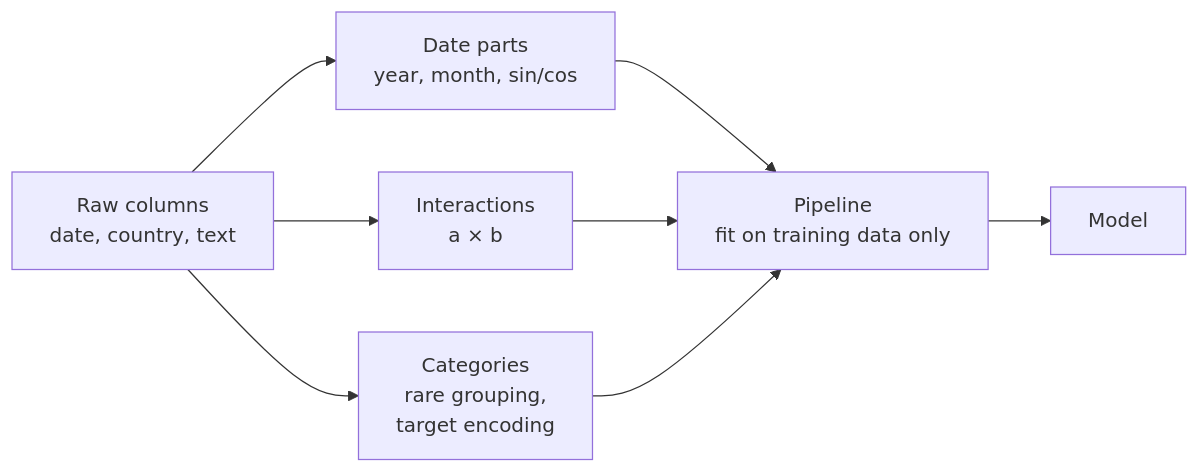
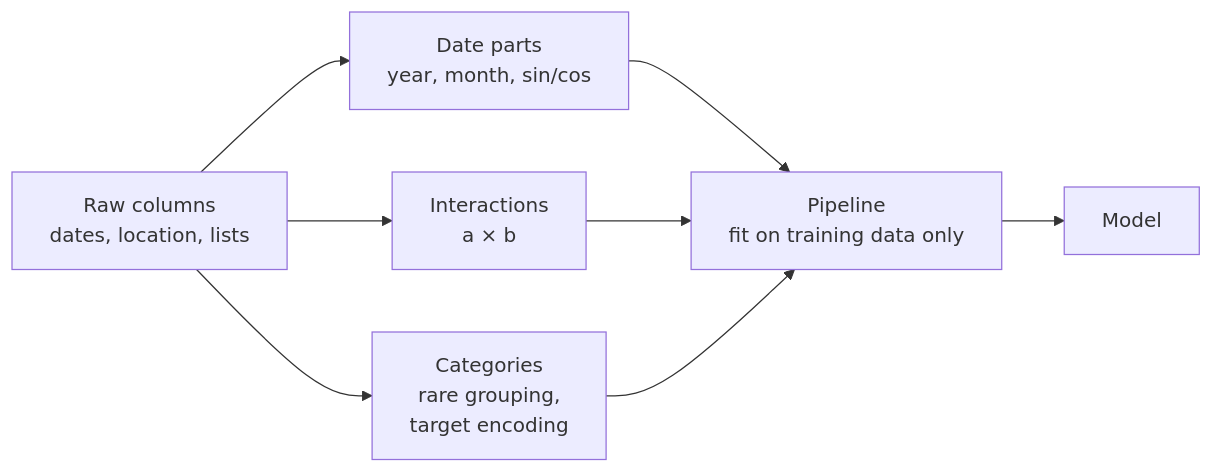
The first of 3 diagrams in sessions/09-feature-engineering-and-imbalance/theory/01-dates-interactions-and-categories.md (khoadaniel/statistical-programming-mpmd-htw-ws-2026), drawn with Mermaid before and after one commit. The commit also changed other lines of this file and 106 other files, not shown here.

````diff
--- a/sessions/09-feature-engineering-and-imbalance/theory/01-dates-interactions-and-categories.md
+++ b/sessions/09-feature-engineering-and-imbalance/theory/01-dates-interactions-and-categories.md
@@ -8,10 +8,10 @@
 ```mermaid
 flowchart LR
-    raw["Raw columns<br/>date, country, text"] --> d["Date parts<br/>year, month, sin/cos"]
+    raw["Raw columns<br/>dates, location, lists"] --> d["Date parts<br/>year, month, sin/cos"]
     raw --> i["Interactions<br/>a × b"]
     raw --> c["Categories<br/>rare grouping,<br/>target encoding"]
     d --> p["Pipeline<br/>fit on training data only"]
     i --> p
     c --> p
     p --> m["Model"]
 ```
````
